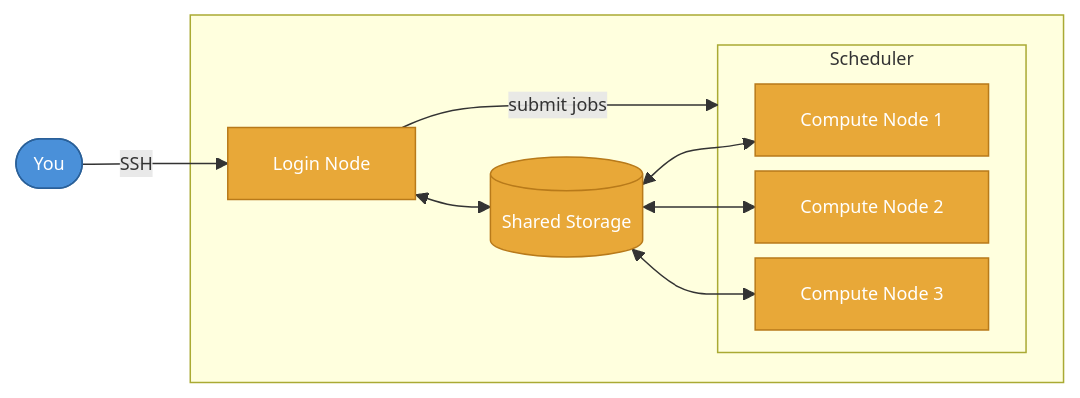
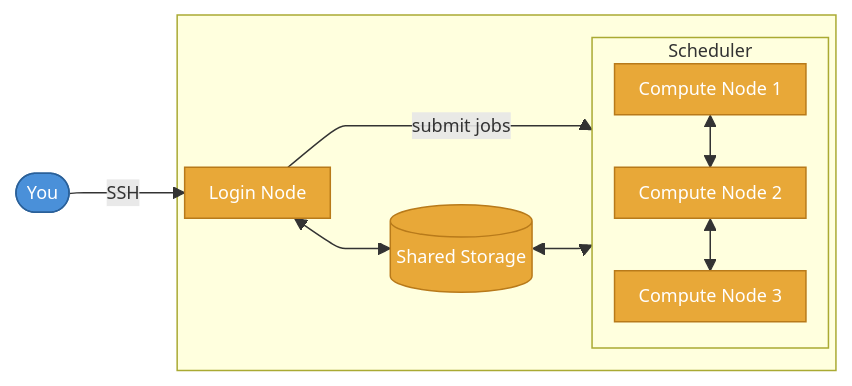
Before and after one commit to OxfordRSE/training-slides-core: the first of 6 diagrams in common/courses/hpc/main.md, drawn with Mermaid. The commit also changed other lines of this file, not shown here.

Commit message:
Redraw HPC components diagram with network between nodes

````diff
--- a/common/courses/hpc/main.md
+++ b/common/courses/hpc/main.md
@@ -96,27 +96,31 @@
 ```mermaid
 ---
 config:
   flowchart:
     nodeSpacing: 10
+    rankSpacing: 10
+    padding: 8
   themeVariables:
     fontSize: 12px
 ---
 flowchart LR
-    You([You]):::local -- SSH --> Login[Login Node]:::base
+    You([You]):::local -- SSH ------> Login[Login Node]:::base
 
     subgraph Cluster[" "]
-        Login <--> Storage[(Shared  Storage)]:::base
+        Login <-----> Storage[(Shared  Storage)]:::base
         Login -->|submit jobs| Sched
 
         subgraph Sched[Scheduler]
+            direction TB
             C1[Compute Node 1]:::base
             C2[Compute Node 2]:::base
             C3[Compute Node 3]:::base
+            C1 <--> C2 <--> C3
         end
 
-        Storage <--> C1 & C2 & C3
+        Storage <-----> Sched
     end
 
     classDef local fill:#4a90d9,stroke:#2a6099,color:#fff
     classDef base fill:#e8a838,stroke:#b87a1a,color:#fff
 ```
````
